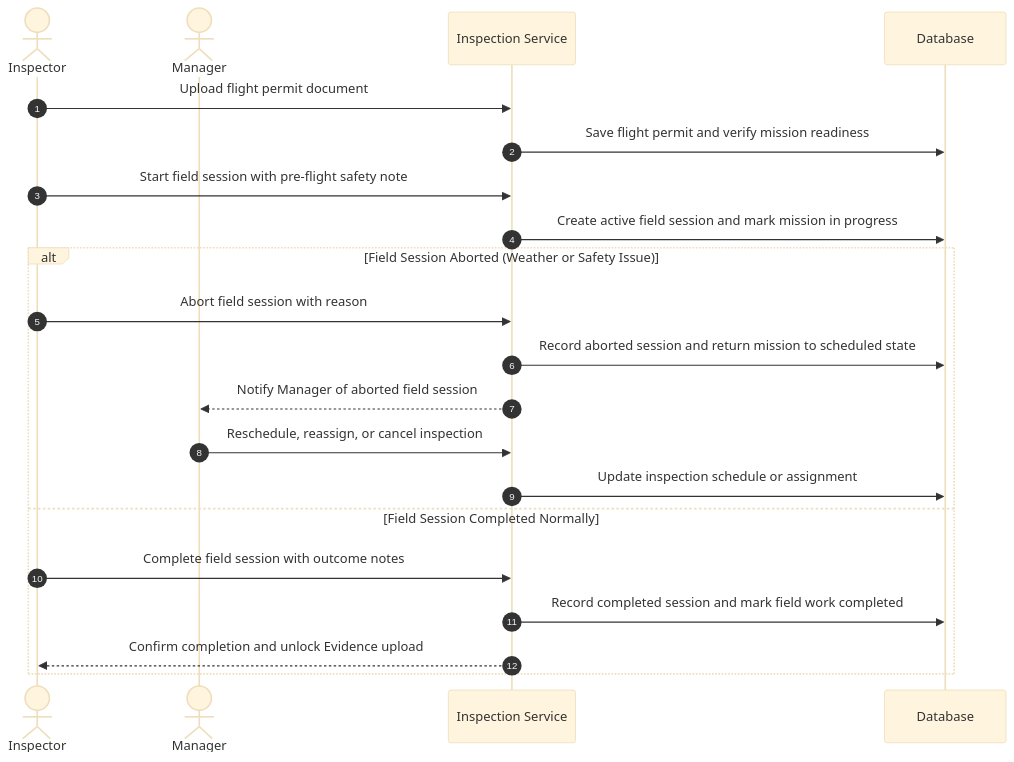
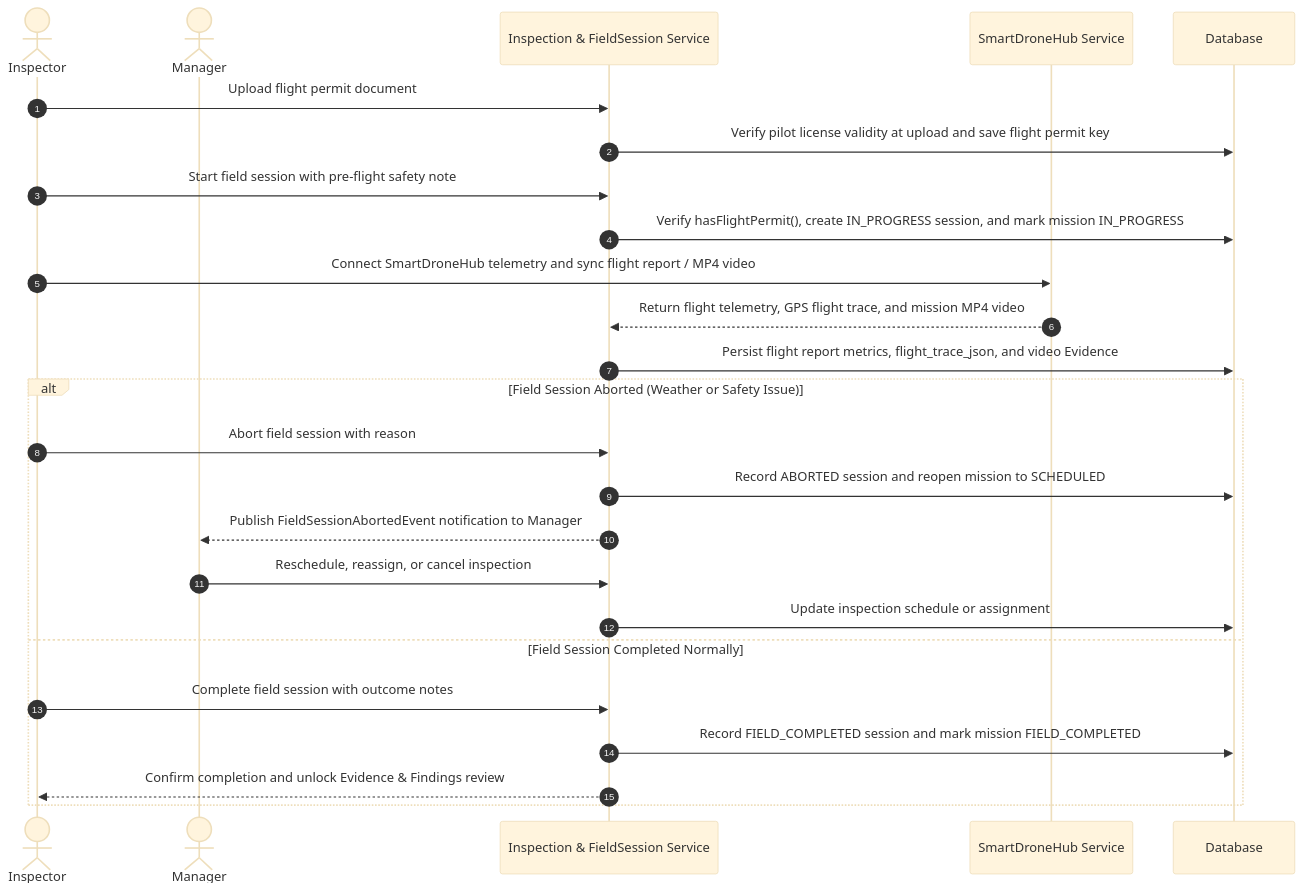
One commit to tungbach12/SmartDroneInspection-Docs changed diagram 13 of 23 in reports/report-4-software-design-document/03-detailed-design.md. Above: the diagram before and after it, drawn with Mermaid (base theme). The commit also changed other lines of this file and 101 other files, not shown here.

````diff
--- a/reports/report-4-software-design-document/03-detailed-design.md
+++ b/reports/report-4-software-design-document/03-detailed-design.md
@@ -574,27 +642,31 @@
 ```mermaid
 %% title: FE-05 Flight Permit and Field Inspection Execution Sequence Diagram
 sequenceDiagram
   autonumber
   actor Insp as Inspector
   actor Mgr as Manager
-  participant Svc as Inspection Service
+  participant Svc as Inspection & FieldSession Service
+  participant Hub as SmartDroneHub Service
   participant DB as Database
 
   Insp->>Svc: Upload flight permit document
-  Svc->>DB: Save flight permit and verify mission readiness
+  Svc->>DB: Verify pilot license validity at upload and save flight permit key
 
   Insp->>Svc: Start field session with pre-flight safety note
-  Svc->>DB: Create active field session and mark mission in progress
+  Svc->>DB: Verify hasFlightPermit(), create IN_PROGRESS session, and mark mission IN_PROGRESS
+  Insp->>Hub: Connect SmartDroneHub telemetry and sync flight report / MP4 video
+  Hub-->>Svc: Return flight telemetry, GPS flight trace, and mission MP4 video
+  Svc->>DB: Persist flight report metrics, flight_trace_json, and video Evidence
 
   alt Field Session Aborted (Weather or Safety Issue)
     Insp->>Svc: Abort field session with reason
-    Svc->>DB: Record aborted session and return mission to scheduled state
-    Svc-->>Mgr: Notify Manager of aborted field session
+    Svc->>DB: Record ABORTED session and reopen mission to SCHEDULED
+    Svc-->>Mgr: Publish FieldSessionAbortedEvent notification to Manager
     Mgr->>Svc: Reschedule, reassign, or cancel inspection
     Svc->>DB: Update inspection schedule or assignment
   else Field Session Completed Normally
     Insp->>Svc: Complete field session with outcome notes
-    Svc->>DB: Record completed session and mark field work completed
-    Svc-->>Insp: Confirm completion and unlock Evidence upload
+    Svc->>DB: Record FIELD_COMPLETED session and mark mission FIELD_COMPLETED
+    Svc-->>Insp: Confirm completion and unlock Evidence & Findings review
   end
 ```
````
